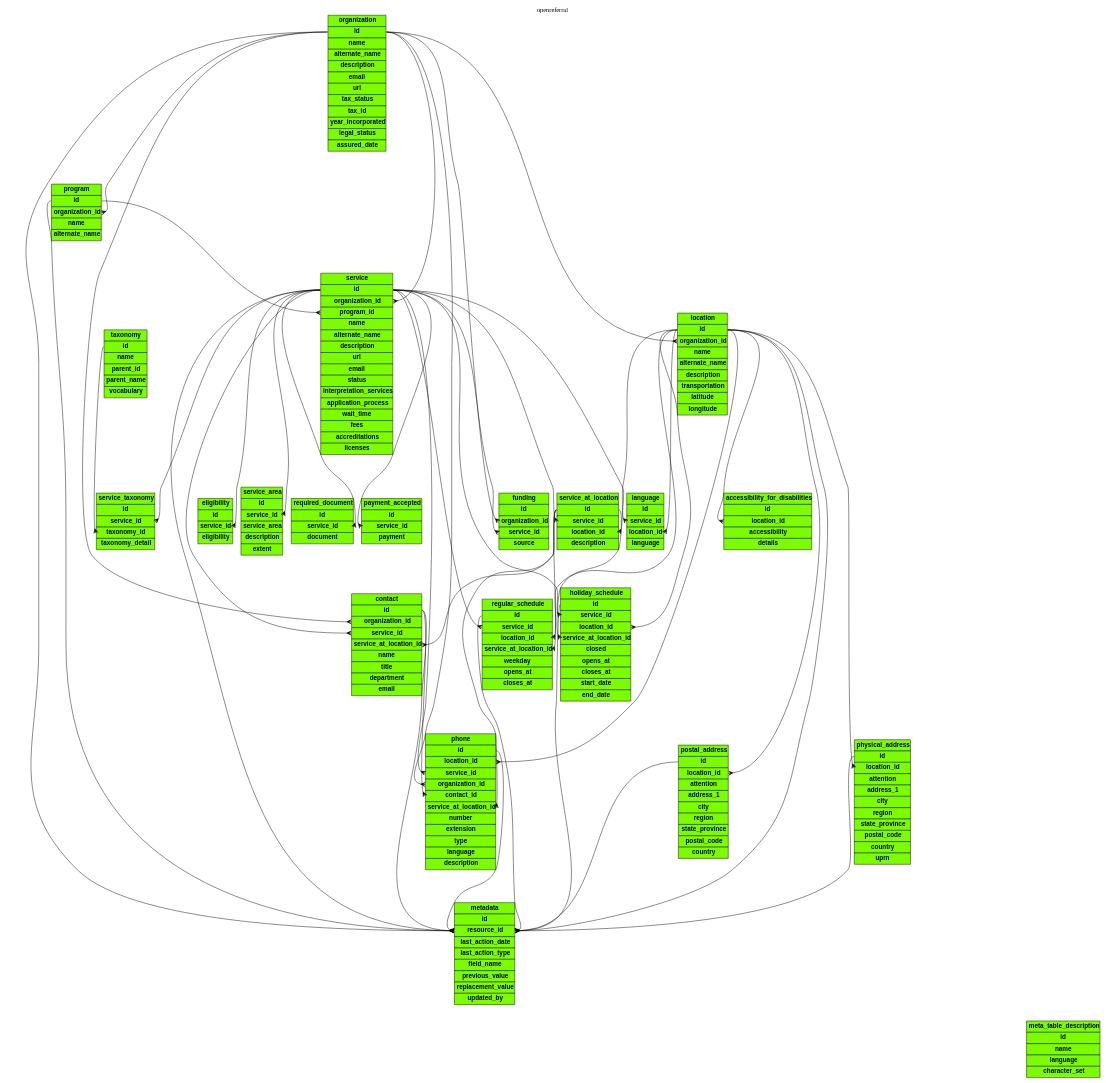
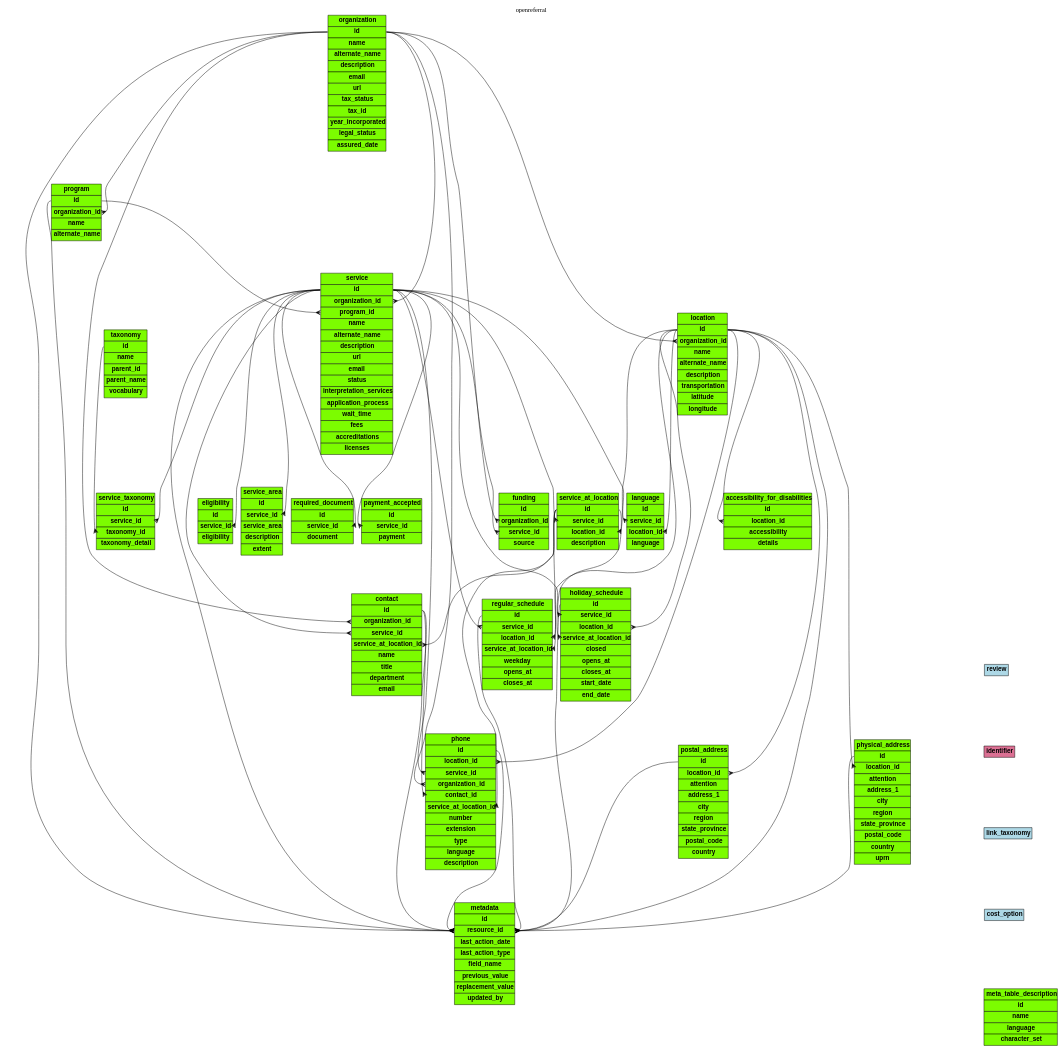
One commit to OpenReferralUK/human-services changed the diagram in Schemas/openreferral.gv. Above: the diagram before and after it, drawn with Graphviz. The commit also changed 26 other files, not shown here.

```diff
--- a/Schemas/openreferral.gv
+++ b/Schemas/openreferral.gv
@@ -25,6 +25,14 @@
 <tr><td  bgcolor="lawngreen"><b>year_incorporated</b></td></tr>
 <tr><td  bgcolor="lawngreen"><b>legal_status</b></td></tr>
 <tr><td  bgcolor="lawngreen"><b>assured_date</b></td></tr>
+</table>
+>]
+
+
+
+identifier [label=<
+<table border="0" cellborder="1" cellspacing="0" cellpadding="4">
+<tr><td bgcolor="palevioletred"><b>identifier</b></td></tr>
 </table>
 >]
 
@@ -372,4 +380,28 @@
 >]
 
 
+
+cost_option [label=<
+<table border="0" cellborder="1" cellspacing="0" cellpadding="4">
+<tr><td bgcolor="lightblue"><b>cost_option</b></td></tr>
+</table>
+>]
+
+
+
+review [label=<
+<table border="0" cellborder="1" cellspacing="0" cellpadding="4">
+<tr><td bgcolor="lightblue"><b>review</b></td></tr>
+</table>
+>]
+
+
+
+link_taxonomy [label=<
+<table border="0" cellborder="1" cellspacing="0" cellpadding="4">
+<tr><td bgcolor="lightblue"><b>link_taxonomy</b></td></tr>
+</table>
+>]
+
+
 }
```
